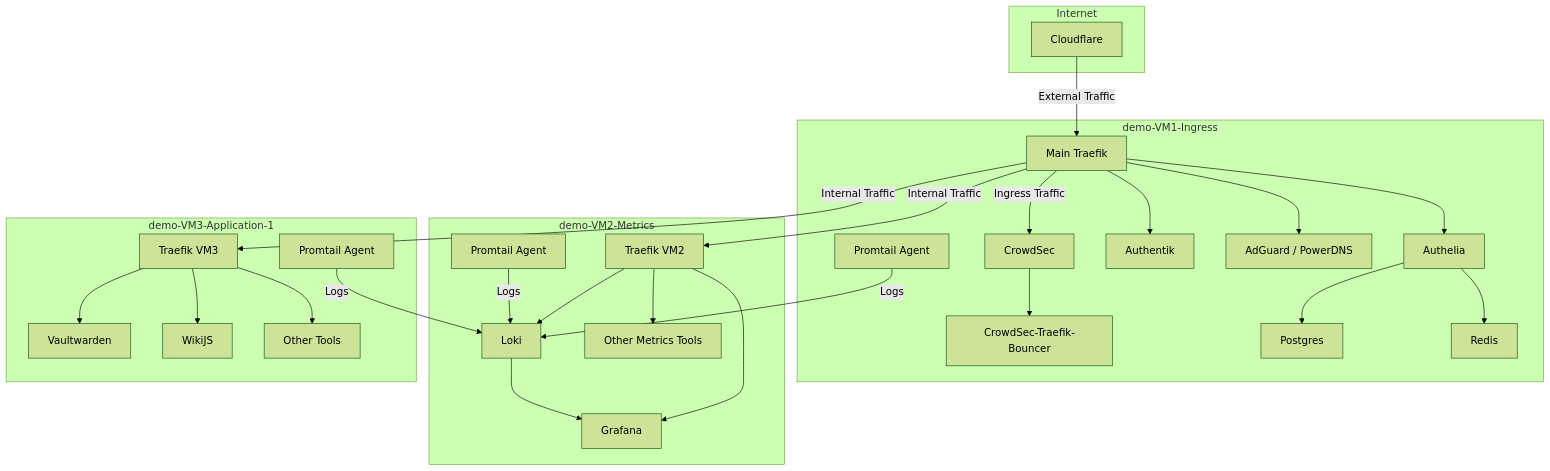
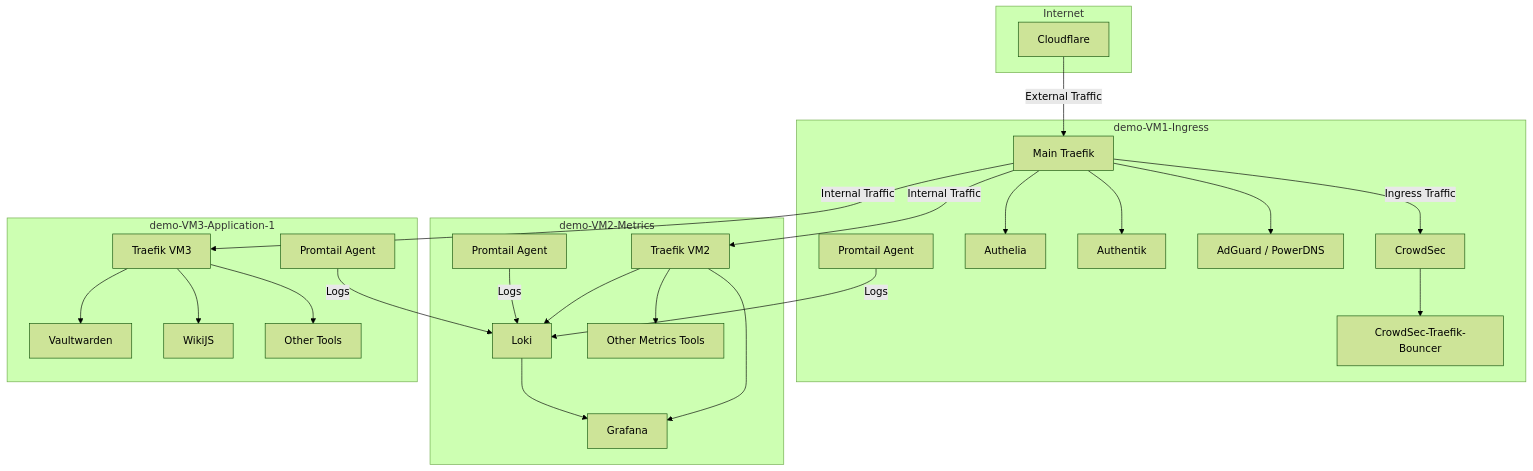
The diagram in README.md (n0one42/ansible-homelab), drawn with Mermaid (forest theme) before and after one commit. The commit also changed other lines of this file, not shown here.

````diff
--- a/README.md
+++ b/README.md
@@ -102,51 +104,47 @@
 ```mermaid
 graph TD
     subgraph "Internet"
         CF[Cloudflare]
     end
     subgraph "demo-VM1-Ingress"
         A[Main Traefik]
         B[CrowdSec]
         C[CrowdSec-Traefik-Bouncer]
         D[Authelia]
-        E[Postgres]
-        F[Redis]
         G[Authentik]
         H[AdGuard / PowerDNS]
         I[Promtail Agent]
     end
     subgraph "demo-VM2-Metrics"
         J[Loki]
         K[Grafana]
         L[Other Metrics Tools]
         M[Traefik VM2]
         R[Promtail Agent]
     end
     subgraph "demo-VM3-Application-1"
         N[Vaultwarden]
         O[WikiJS]
         P[Other Tools]
         Q[Traefik VM3]
         T[Promtail Agent]
     end
     CF -->|External Traffic| A
     A -->|Ingress Traffic| B
     B --> C
     A --> D
-    D --> E
-    D --> F
     A --> G
     A --> H
     I -->|Logs| J
     R -->|Logs| J
     T -->|Logs| J
     J --> K
     A -->|Internal Traffic| M
     A -->|Internal Traffic| Q
     M --> J
     M --> K
     M --> L
     Q --> N
     Q --> O
     Q --> P
 ```
````
